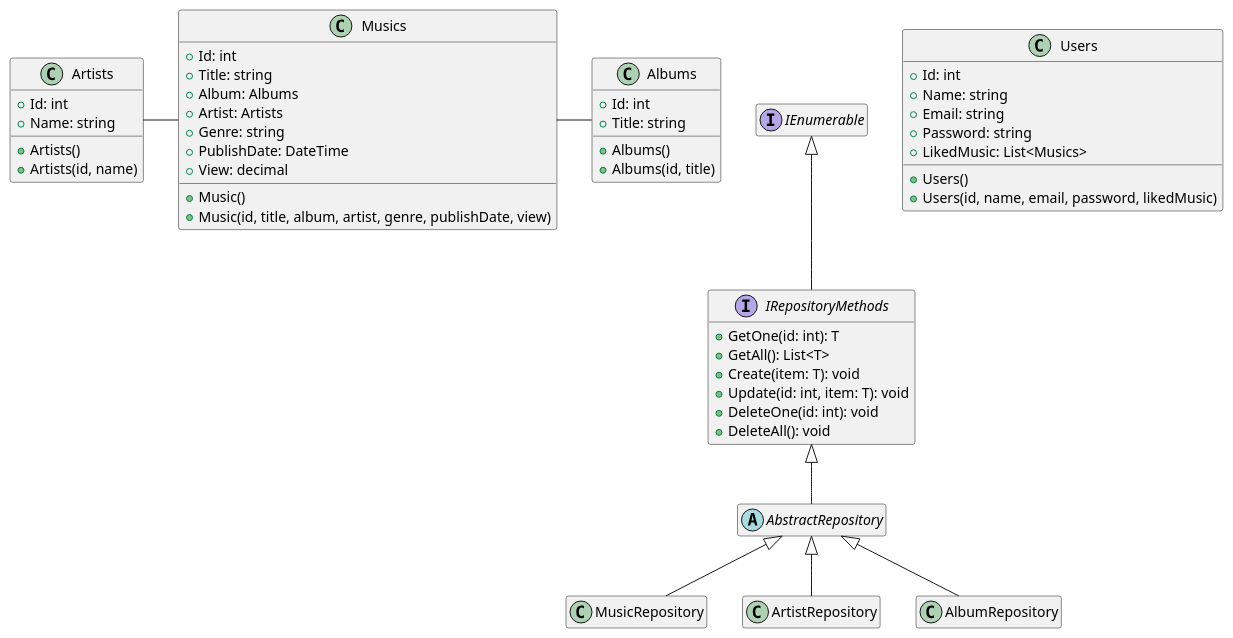
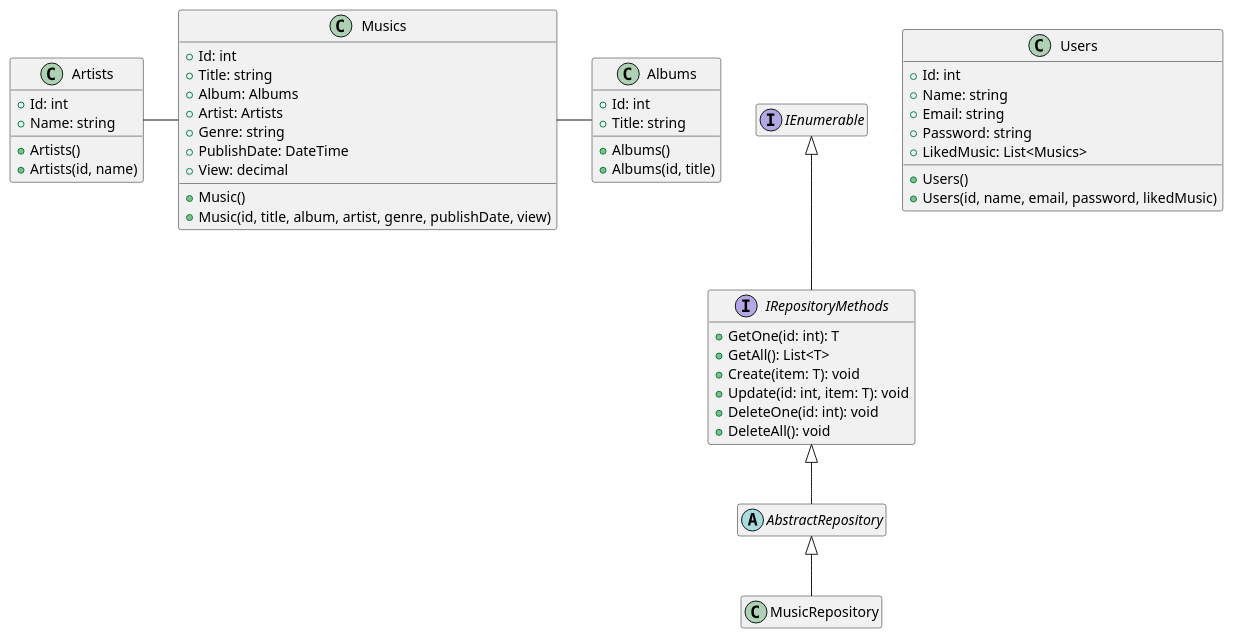
The diagram in MusicApp/Diagrams/MusicApp.wsd (zcomert/yazilim-gereksinimi-ve-modelleme), drawn with PlantUML before and after one commit. The commit also changed 17 other files, not shown here.

```diff
--- a/MusicApp/Diagrams/MusicApp.wsd
+++ b/MusicApp/Diagrams/MusicApp.wsd
@@ -1,66 +1,62 @@
 @startuml MusicApp
 class Musics {
     + Id: int
     + Title: string
     + Album: Albums
     + Artist: Artists
     + Genre: string
     + PublishDate: DateTime
     + View: decimal
     + Music()
     + Music(id, title, album, artist, genre, publishDate, view)
 }
 
 class Artists {
     + Id: int
     + Name: string
     + Artists()
     + Artists(id, name)
 }
 
 class Albums {
     + Id: int
     + Title: string
     + Albums()
     + Albums(id, title)
 }
 
 class Users {
     + Id: int
     + Name: string
     + Email: string
     + Password: string
     + LikedMusic: List<Musics>
     + Users()
     + Users(id, name, email, password, likedMusic)
 }
 
 interface IRepositoryMethods {
     + GetOne(id: int): T
     + GetAll(): List<T>
     + Create(item: T): void
     + Update(id: int, item: T): void
     + DeleteOne(id: int): void
     + DeleteAll(): void
 }
 
 abstract AbstractRepository {}
 
 class MusicRepository{}
-class ArtistRepository{}
-class AlbumRepository{}
 
 interface IEnumerable {}
 
 hide empty fields
 hide empty methods
 
 MusicRepository -up-|> AbstractRepository
-AlbumRepository -up-|> AbstractRepository
-ArtistRepository -up-|> AbstractRepository
 AbstractRepository -up-|> IRepositoryMethods
 IRepositoryMethods -up-|> IEnumerable
 
 Artists -right- Musics
 Albums -left- Musics
 @enduml
```
